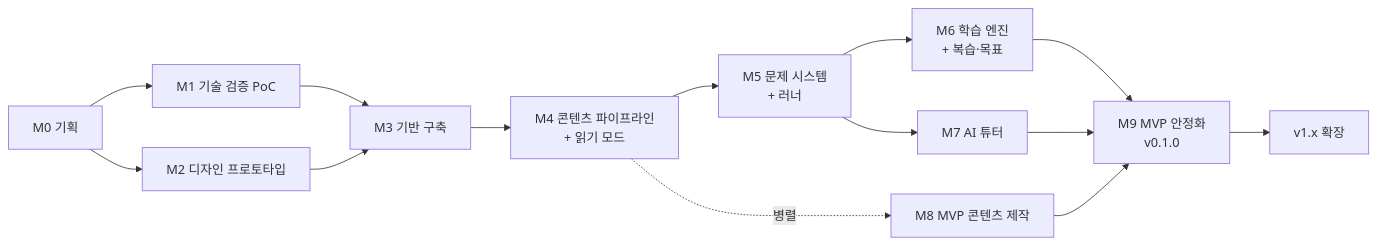
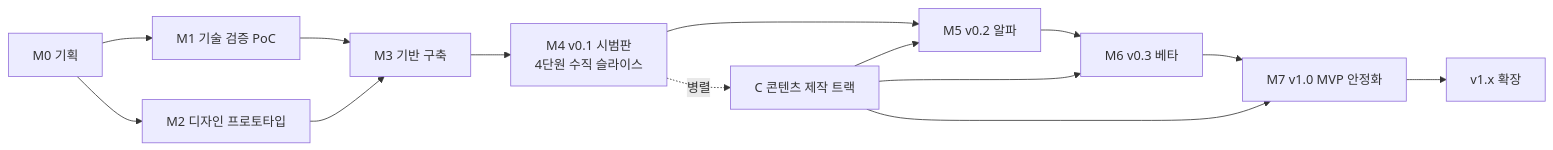
One commit to ProgInOne/javascript changed the diagram in docs/roadmap.md. Above: the diagram before and after it, drawn with Mermaid. The commit also changed other lines of this file and 9 other files, not shown here.

````diff
--- a/docs/roadmap.md
+++ b/docs/roadmap.md
@@ -21,16 +22,16 @@
 ```mermaid
 flowchart LR
     M0[M0 기획] --> M1[M1 기술 검증 PoC]
     M0 --> M2[M2 디자인 프로토타입]
     M1 --> M3[M3 기반 구축]
     M2 --> M3
-    M3 --> M4[M4 콘텐츠 파이프라인<br/>+ 읽기 모드]
-    M4 --> M5[M5 문제 시스템<br/>+ 러너]
-    M5 --> M6[M6 학습 엔진<br/>+ 복습·목표]
-    M5 --> M7[M7 AI 튜터]
-    M6 --> M9[M9 MVP 안정화<br/>v0.1.0]
-    M7 --> M9
-    M4 -.병렬.-> M8[M8 MVP 콘텐츠 제작]
-    M8 --> M9
-    M9 --> V1[v1.x 확장]
+    M3 --> M4[M4 v0.1 시범판<br/>4단원 수직 슬라이스]
+    M4 --> M5[M5 v0.2 알파]
+    M5 --> M6[M6 v0.3 베타]
+    M6 --> M7[M7 v1.0 MVP 안정화]
+    M4 -.병렬.-> C[C 콘텐츠 제작 트랙]
+    C --> M5
+    C --> M6
+    C --> M7
+    M7 --> V1[v1.x 확장]
 ```
````
